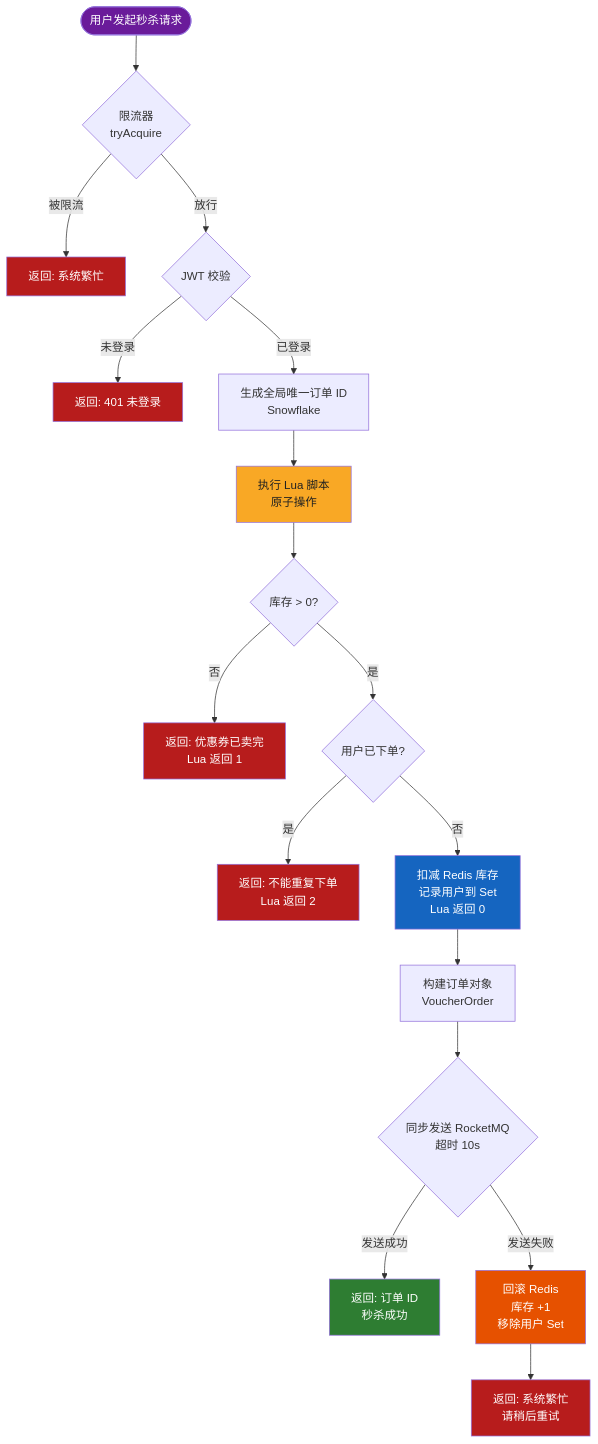
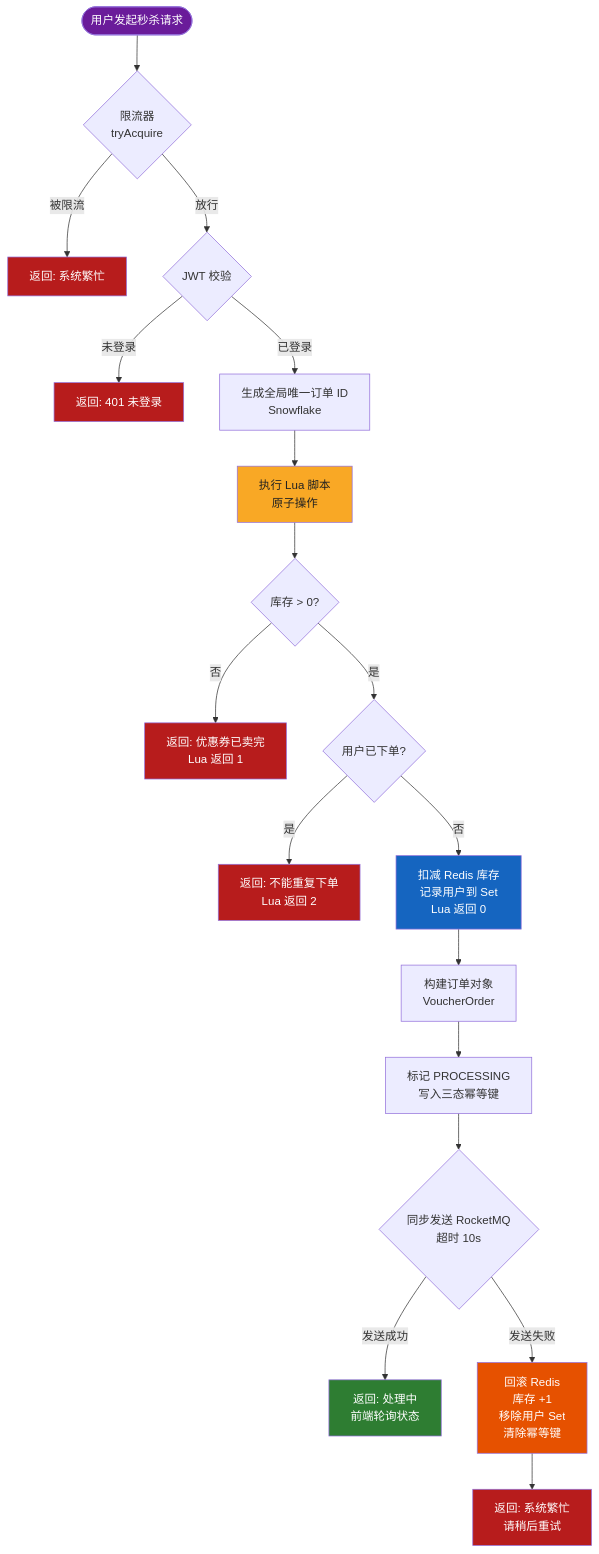
The second of 3 diagrams in README.md (Shardkiht/FlashDeal), drawn with Mermaid before and after one commit. The commit also changed other lines of this file and 7 other files, not shown here.

````diff
--- a/README.md
+++ b/README.md
@@ -136,32 +136,33 @@
 ```mermaid
 flowchart TD
     START([用户发起秒杀请求]) --> LIMIT{限流器<br/>tryAcquire}
     LIMIT -->|被限流| R1[返回: 系统繁忙]
     LIMIT -->|放行| AUTH{JWT 校验}
     AUTH -->|未登录| R2[返回: 401 未登录]
     AUTH -->|已登录| GEN[生成全局唯一订单 ID<br/>Snowflake]
 
     GEN --> LUA[执行 Lua 脚本<br/>原子操作]
     LUA --> CHECK1{库存 > 0?}
     CHECK1 -->|否| R3[返回: 优惠券已卖完<br/>Lua 返回 1]
     CHECK1 -->|是| CHECK2{用户已下单?}
     CHECK2 -->|是| R4[返回: 不能重复下单<br/>Lua 返回 2]
     CHECK2 -->|否| DECR[扣减 Redis 库存<br/>记录用户到 Set<br/>Lua 返回 0]
 
     DECR --> BUILD[构建订单对象<br/>VoucherOrder]
-    BUILD --> MQ{同步发送 RocketMQ<br/>超时 10s}
-    MQ -->|发送成功| OK[返回: 订单 ID<br/>秒杀成功]
-    MQ -->|发送失败| ROLLBACK[回滚 Redis<br/>库存 +1<br/>移除用户 Set]
+    BUILD --> MARK[标记 PROCESSING<br/>写入三态幂等键]
+    MARK --> MQ{同步发送 RocketMQ<br/>超时 10s}
+    MQ -->|发送成功| OK[返回: 处理中<br/>前端轮询状态]
+    MQ -->|发送失败| ROLLBACK[回滚 Redis<br/>库存 +1<br/>移除用户 Set<br/>清除幂等键]
     ROLLBACK --> R5[返回: 系统繁忙<br/>请稍后重试]
 
     style START fill:#6a1b9a,color:#fff
     style OK fill:#2e7d32,color:#fff
     style R1 fill:#b71c1c,color:#fff
     style R2 fill:#b71c1c,color:#fff
     style R3 fill:#b71c1c,color:#fff
     style R4 fill:#b71c1c,color:#fff
     style R5 fill:#b71c1c,color:#fff
     style LUA fill:#f9a825,color:#212121
     style DECR fill:#1565c0,color:#fff
     style ROLLBACK fill:#e65100,color:#fff
 ```
````
